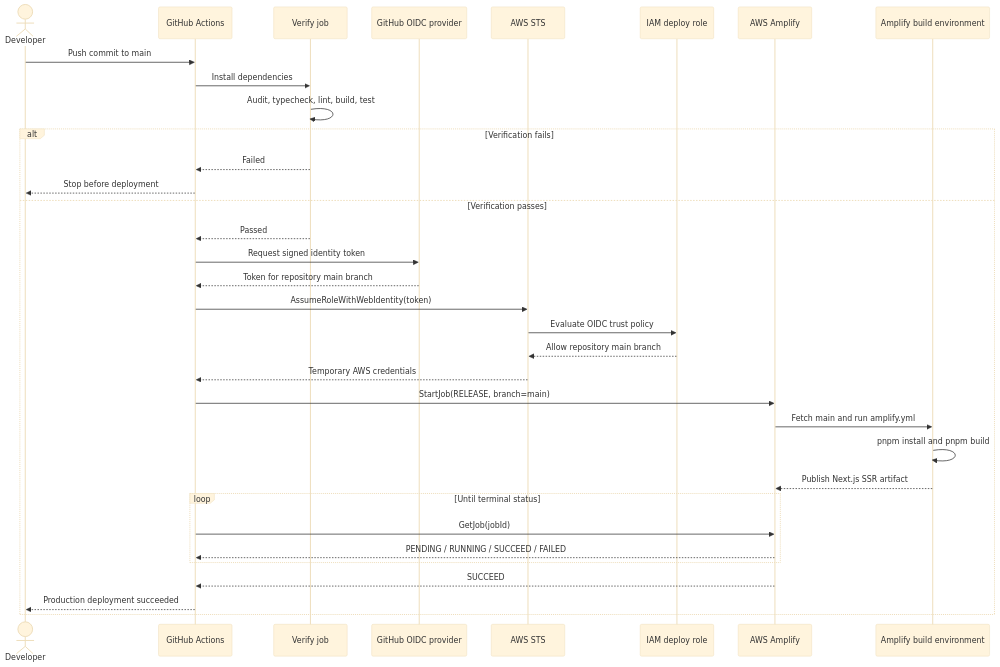
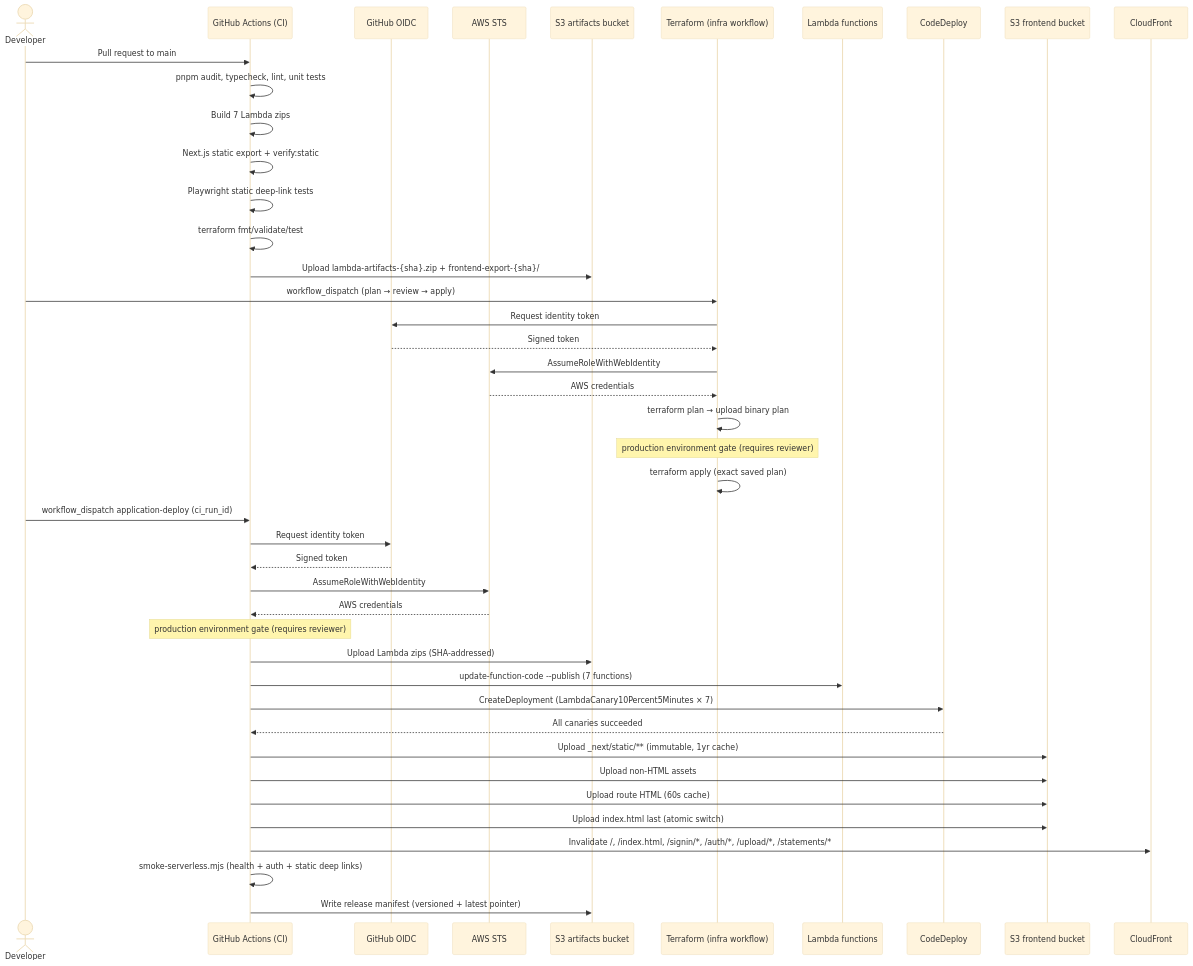
One commit to HuyNguyen260398/cashight changed the second of 3 diagrams in docs/AWS_ARCHITECTURE_DIAGRAMS.md. Above: the diagram before and after it, drawn with Mermaid (base theme). The commit also changed other lines of this file and 6 other files, not shown here.

First line of the commit message:
docs: record serverless production cutover

````diff
--- a/docs/AWS_ARCHITECTURE_DIAGRAMS.md
+++ b/docs/AWS_ARCHITECTURE_DIAGRAMS.md
@@ -111,41 +155,51 @@
 ```mermaid
 sequenceDiagram
     actor Dev as Developer
-    participant GH as GitHub Actions
-    participant Verify as Verify job
-    participant OIDC as GitHub OIDC provider
+    participant GH as GitHub Actions (CI)
+    participant OIDC as GitHub OIDC
     participant STS as AWS STS
-    participant IAM as IAM deploy role
-    participant Amp as AWS Amplify
-    participant Build as Amplify build environment
+    participant S3art as S3 artifacts bucket
+    participant TF as Terraform (infra workflow)
+    participant Lambda as Lambda functions
+    participant CD as CodeDeploy
+    participant S3fe as S3 frontend bucket
+    participant CF as CloudFront
 
-    Dev->>GH: Push commit to main
-    GH->>Verify: Install dependencies
-    Verify->>Verify: Audit, typecheck, lint, build, test
+    Dev->>GH: Pull request to main
+    GH->>GH: pnpm audit, typecheck, lint, unit tests
+    GH->>GH: Build 7 Lambda zips
+    GH->>GH: Next.js static export + verify:static
+    GH->>GH: Playwright static deep-link tests
+    GH->>GH: terraform fmt/validate/test
+    GH->>S3art: Upload lambda-artifacts-{sha}.zip + frontend-export-{sha}/
 
-    alt Verification fails
-        Verify-->>GH: Failed
-        GH-->>Dev: Stop before deployment
-    else Verification passes
-        Verify-->>GH: Passed
-        GH->>OIDC: Request signed identity token
-        OIDC-->>GH: Token for repository main branch
-        GH->>STS: AssumeRoleWithWebIdentity(token)
-        STS->>IAM: Evaluate OIDC trust policy
-        IAM-->>STS: Allow repository main branch
-        STS-->>GH: Temporary AWS credentials
+    Dev->>TF: workflow_dispatch (plan → review → apply)
+    TF->>OIDC: Request identity token
+    OIDC-->>TF: Signed token
+    TF->>STS: AssumeRoleWithWebIdentity
+    STS-->>TF: AWS credentials
+    TF->>TF: terraform plan → upload binary plan
+    Note over TF: production environment gate (requires reviewer)
+    TF->>TF: terraform apply (exact saved plan)
 
-        GH->>Amp: StartJob(RELEASE, branch=main)
-        Amp->>Build: Fetch main and run amplify.yml
-        Build->>Build: pnpm install and pnpm build
-        Build-->>Amp: Publish Next.js SSR artifact
+    Dev->>GH: workflow_dispatch application-deploy (ci_run_id)
+    GH->>OIDC: Request identity token
+    OIDC-->>GH: Signed token
+    GH->>STS: AssumeRoleWithWebIdentity
+    STS-->>GH: AWS credentials
+    Note over GH: production environment gate (requires reviewer)
 
-        loop Until terminal status
-            GH->>Amp: GetJob(jobId)
-            Amp-->>GH: PENDING / RUNNING / SUCCEED / FAILED
-        end
+    GH->>S3art: Upload Lambda zips (SHA-addressed)
+    GH->>Lambda: update-function-code --publish (7 functions)
+    GH->>CD: CreateDeployment (LambdaCanary10Percent5Minutes × 7)
+    CD-->>GH: All canaries succeeded
 
-        Amp-->>GH: SUCCEED
-        GH-->>Dev: Production deployment succeeded
-    end
+    GH->>S3fe: Upload _next/static/** (immutable, 1yr cache)
+    GH->>S3fe: Upload non-HTML assets
+    GH->>S3fe: Upload route HTML (60s cache)
+    GH->>S3fe: Upload index.html last (atomic switch)
+    GH->>CF: Invalidate /, /index.html, /signin/*, /auth/*, /upload/*, /statements/*
+
+    GH->>GH: smoke-serverless.mjs (health + auth + static deep links)
+    GH->>S3art: Write release manifest (versioned + latest pointer)
 ```
````
